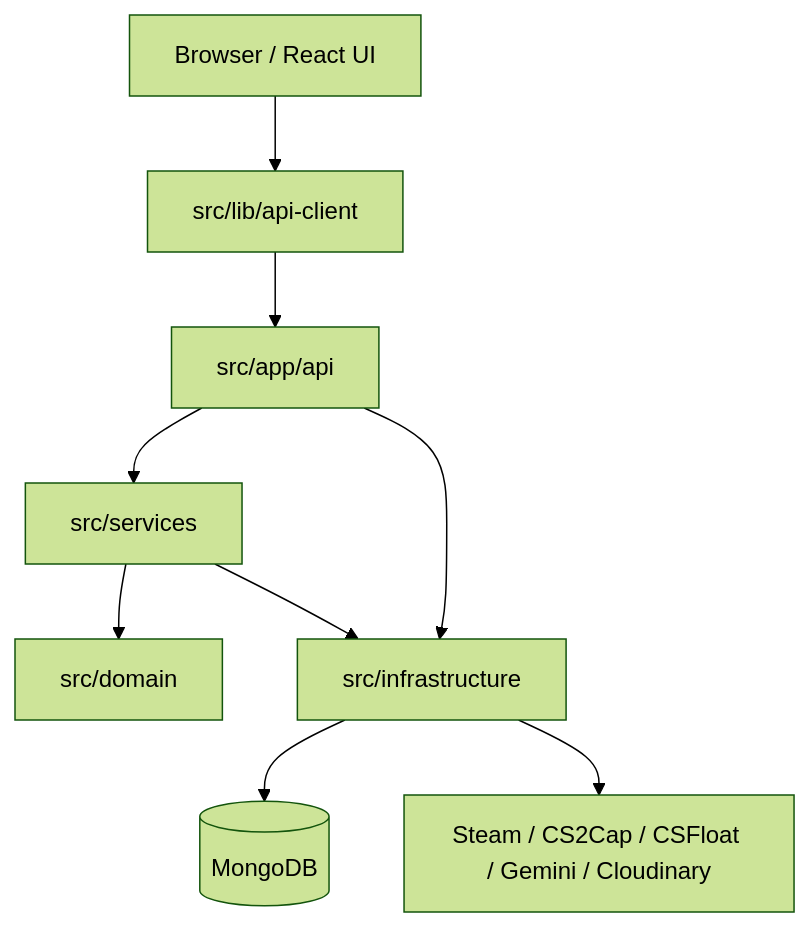
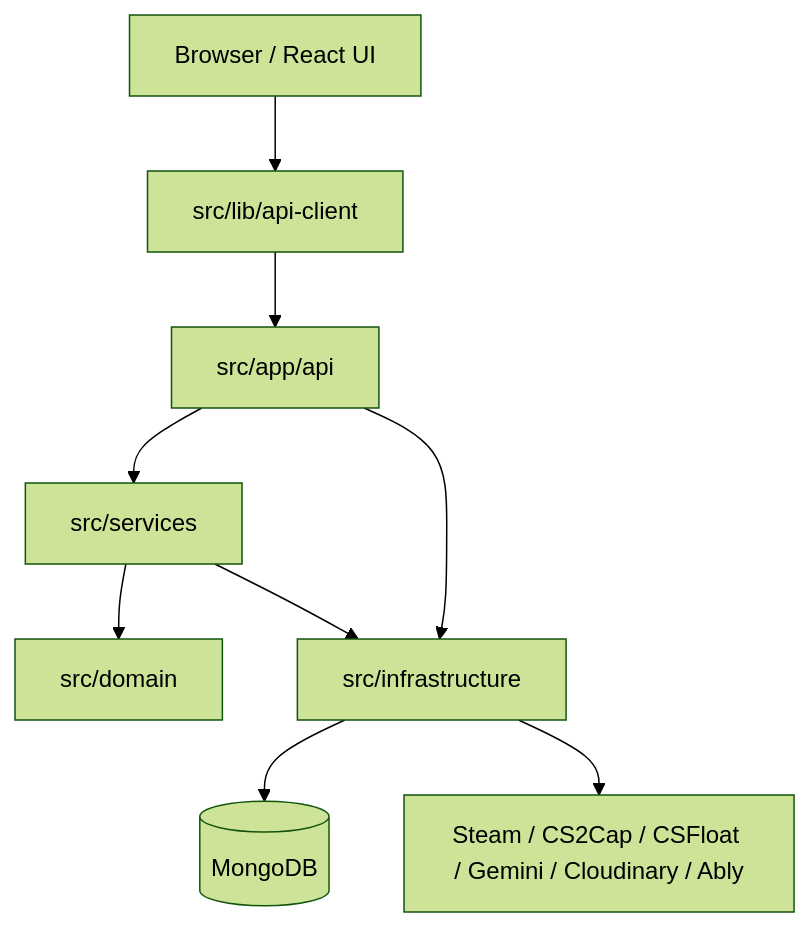
Before and after one commit to fumodayo/cs2-tracking: the first of 4 diagrams in docs/ARCHITECTURE.md, drawn with Mermaid (forest theme). The commit also changed other lines of this file and 3 other files, not shown here.

First line of the commit message:
docs: update README, architecture, deployment, and API reference

````diff
--- a/docs/ARCHITECTURE.md
+++ b/docs/ARCHITECTURE.md
@@ -16,11 +18,11 @@
 ```mermaid
 flowchart TD
     Browser["Browser / React UI"] --> ClientApi["src/lib/api-client"]
     ClientApi --> ApiRoutes["src/app/api"]
     ApiRoutes --> Services["src/services"]
     Services --> Domain["src/domain"]
     Services --> Infrastructure["src/infrastructure"]
     Infrastructure --> Mongo[("MongoDB")]
-    Infrastructure --> External["Steam / CS2Cap / CSFloat / Gemini / Cloudinary"]
+    Infrastructure --> External["Steam / CS2Cap / CSFloat / Gemini / Cloudinary / Ably"]
     ApiRoutes --> Infrastructure
 ```
````
